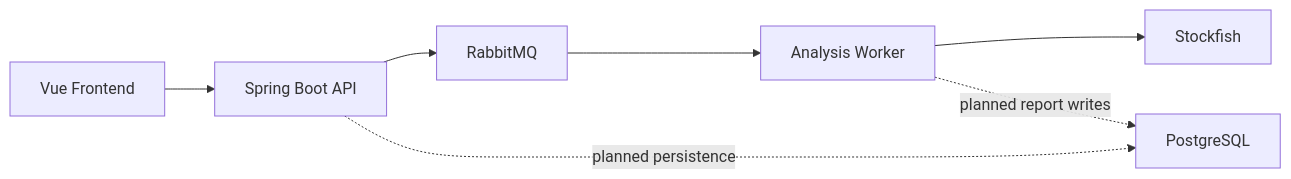
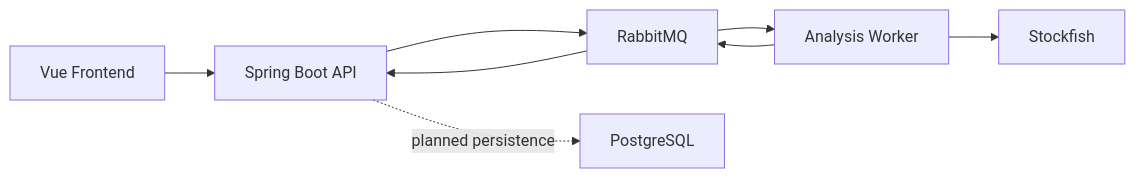
One commit to tanay924/chess-lab changed the diagram in docs/architecture.md. Above: the diagram before and after it, drawn with Mermaid. The commit also changed other lines of this file and 45 other files, not shown here.

Commit message:
Run Stockfish analysis through worker queue

````diff
--- a/docs/architecture.md
+++ b/docs/architecture.md
@@ -5,9 +5,10 @@
 ```mermaid
 flowchart LR
   Vue["Vue Frontend"] --> API["Spring Boot API"]
   API --> Queue["RabbitMQ"]
   Queue --> Worker["Analysis Worker"]
   Worker --> Stockfish["Stockfish"]
+  Worker --> Queue
+  Queue --> API
   API -. "planned persistence" .-> DB["PostgreSQL"]
-  Worker -. "planned report writes" .-> DB
 ```
````
